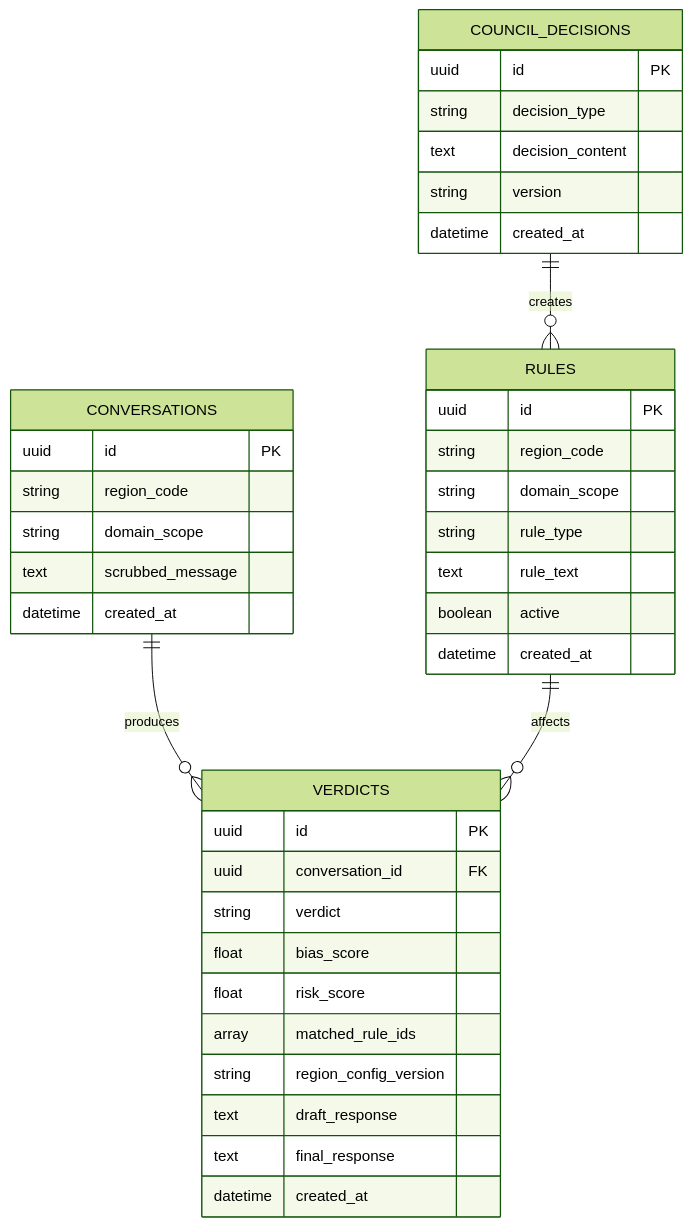
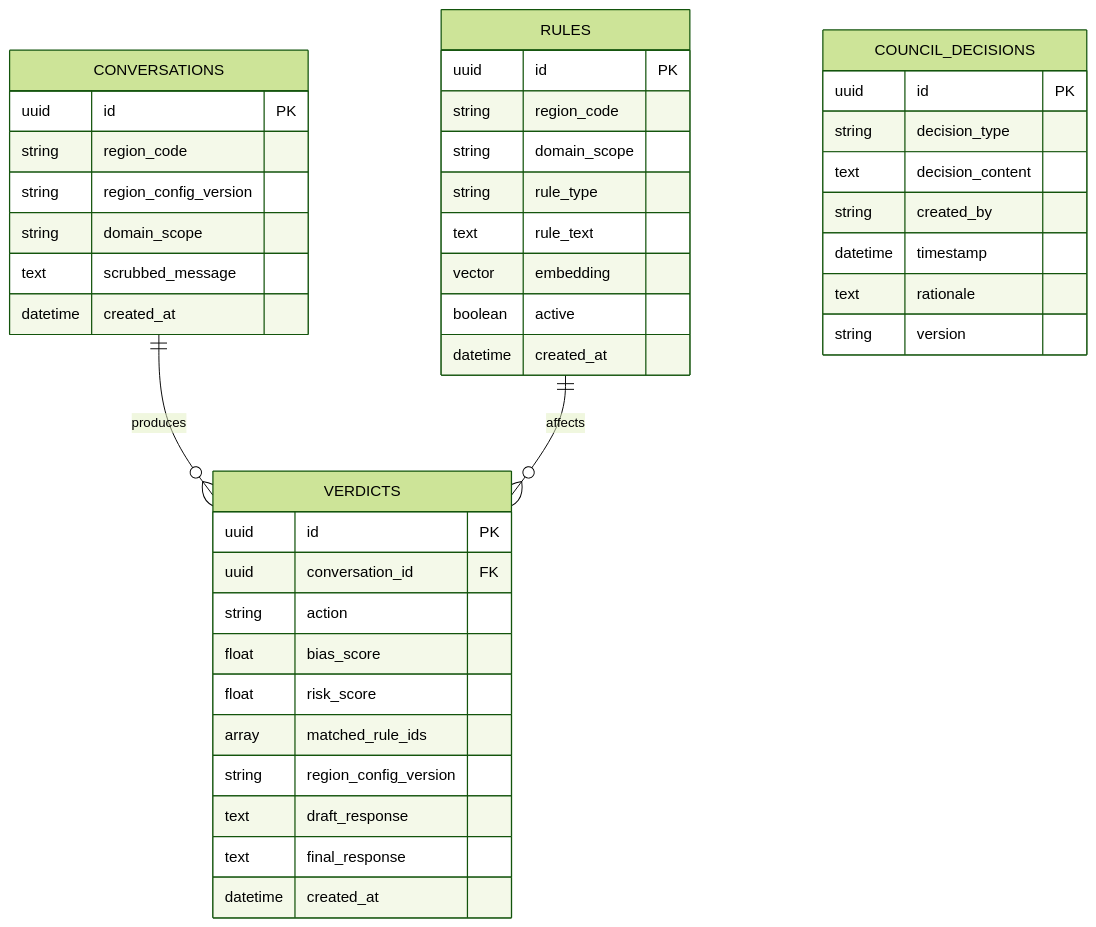
The diagram in docs/architecture/data-model.md (devoneers-herai/herai-mashroo3), drawn with Mermaid (forest theme) before and after one commit. The commit also changed other lines of this file, not shown here.

Commit message:
docs: align data model with engineering handbook

````diff
--- a/docs/architecture/data-model.md
+++ b/docs/architecture/data-model.md
@@ -27,48 +27,50 @@
 ```mermaid
 erDiagram
 
     CONVERSATIONS ||--o{ VERDICTS : produces
 
     RULES ||--o{ VERDICTS : affects
 
-    COUNCIL_DECISIONS ||--o{ RULES : creates
-
     CONVERSATIONS {
         uuid id PK
         string region_code
+        string region_config_version
         string domain_scope
         text scrubbed_message
         datetime created_at
     }
 
     VERDICTS {
         uuid id PK
         uuid conversation_id FK
-        string verdict
+        string action
         float bias_score
         float risk_score
         array matched_rule_ids
         string region_config_version
         text draft_response
         text final_response
         datetime created_at
     }
 
     RULES {
         uuid id PK
         string region_code
         string domain_scope
         string rule_type
         text rule_text
+        vector embedding
         boolean active
         datetime created_at
     }
 
     COUNCIL_DECISIONS {
         uuid id PK
         string decision_type
         text decision_content
+        string created_by
+        datetime timestamp
+        text rationale
         string version
-        datetime created_at
     }
 ```
````
